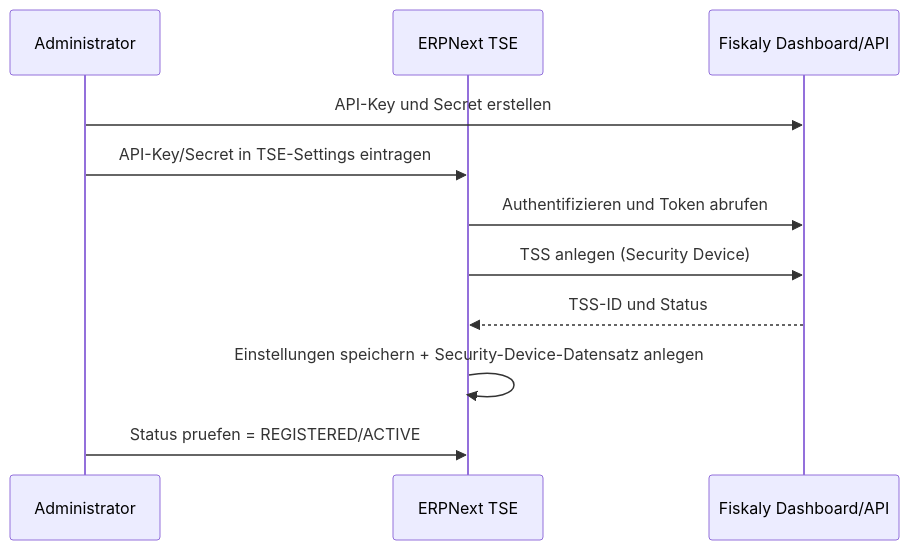
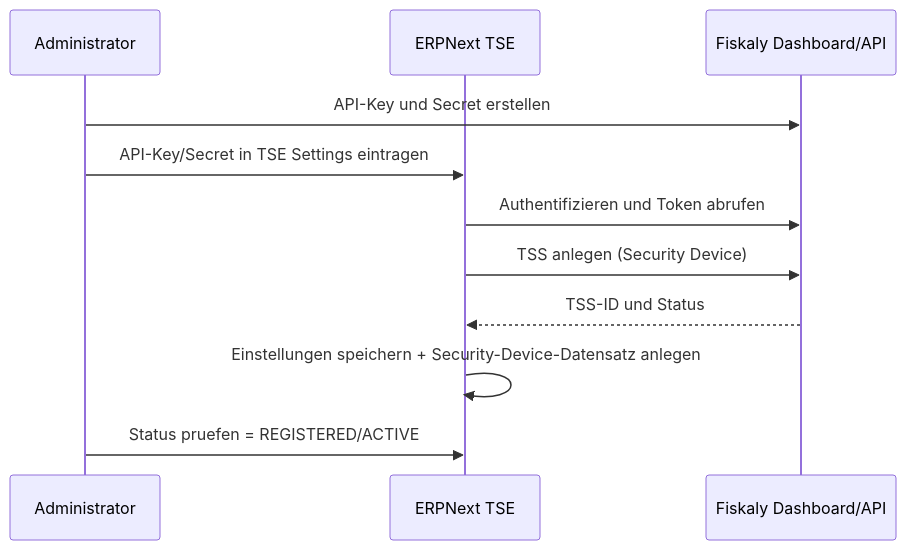
Before and after one commit to Rocket-Quack/erpnext_tse: the first of 7 diagrams in docs/guides/de/process_diagram.md, drawn with Mermaid. The commit also changed other lines of this file and 19 other files, not shown here.

````diff
--- a/docs/guides/de/process_diagram.md
+++ b/docs/guides/de/process_diagram.md
@@ -3,14 +3,14 @@
 ```mermaid
 sequenceDiagram
     participant Admin as Administrator
     participant ERP as ERPNext TSE
     participant Fiskaly as Fiskaly Dashboard/API
 
     Admin->>Fiskaly: API-Key und Secret erstellen
-    Admin->>ERP: API-Key/Secret in TSE-Settings eintragen
+    Admin->>ERP: API-Key/Secret in TSE Settings eintragen
     ERP->>Fiskaly: Authentifizieren und Token abrufen
     ERP->>Fiskaly: TSS anlegen (Security Device)
     Fiskaly-->>ERP: TSS-ID und Status
     ERP->>ERP: Einstellungen speichern + Security-Device-Datensatz anlegen
     Admin->>ERP: Status pruefen = REGISTERED/ACTIVE
 ```
````
